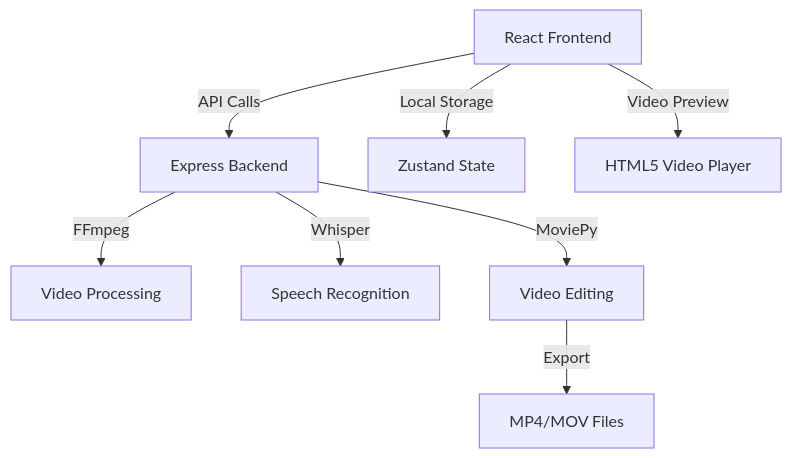
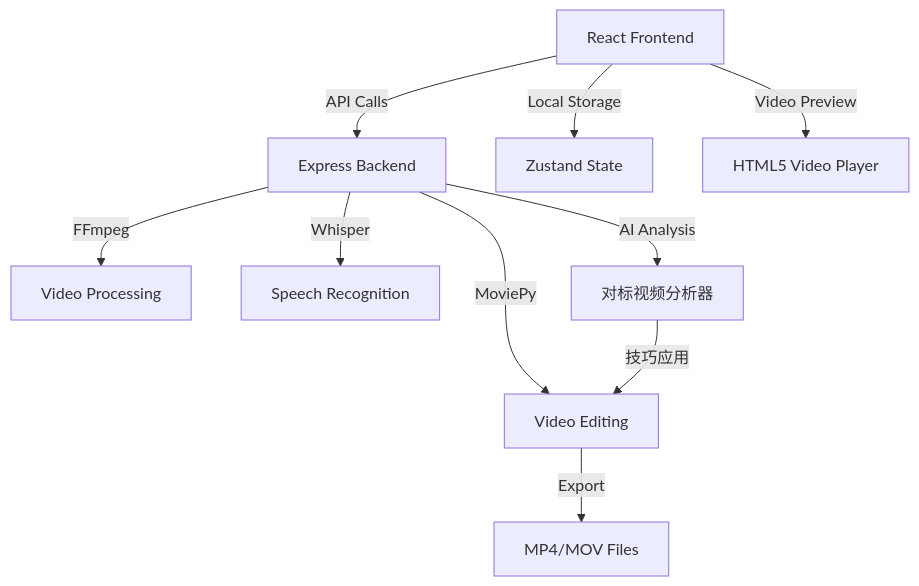
Before and after one commit to djndk391-ux/superpowers: the first of 2 diagrams in .trae/documents/arch.md, drawn with Mermaid. The commit also changed other lines of this file and 6 other files, not shown here.

````diff
--- a/.trae/documents/arch.md
+++ b/.trae/documents/arch.md
@@ -3,10 +3,12 @@
 ```mermaid
 graph TB
     Frontend[React Frontend] -->|API Calls| Backend[Express Backend]
     Backend -->|FFmpeg| VideoProcessor[Video Processing]
     Backend -->|Whisper| SpeechRecognition[Speech Recognition]
     Backend -->|MoviePy| VideoEditing[Video Editing]
+    Backend -->|AI Analysis| BenchmarkAnalyzer[对标视频分析器]
     Frontend -->|Local Storage| State[Zustand State]
     Frontend -->|Video Preview| Player[HTML5 Video Player]
     VideoEditing -->|Export| Output[MP4/MOV Files]
+    BenchmarkAnalyzer -->|技巧应用| VideoEditing
 ```
````
